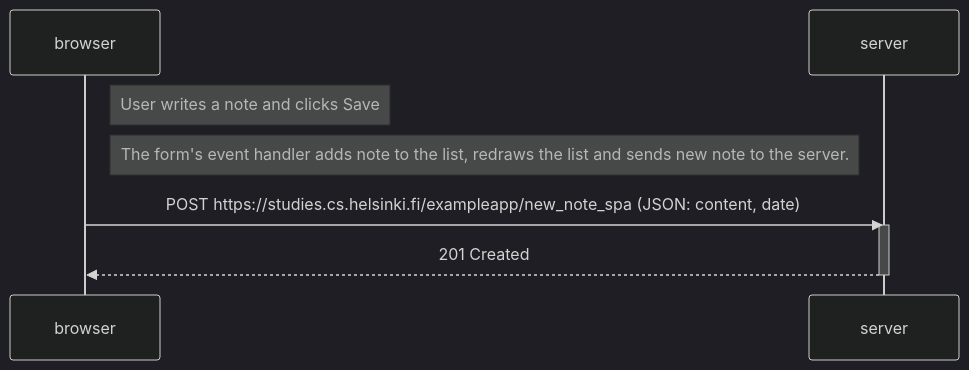
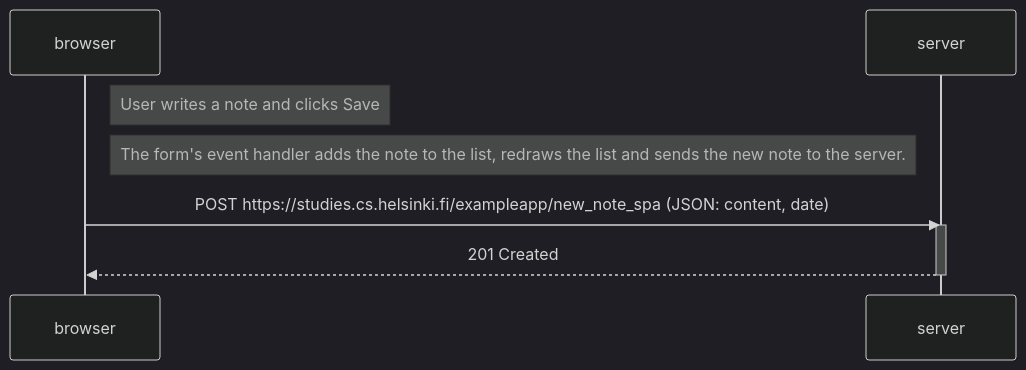
The diagram in part0/0.6-new-note-diagram-spa.md (yldrmahmet/full-stack-open), drawn with Mermaid (dark theme) before and after one commit.

Commit message:
fix grammar in the 0.6 diagram note

````diff
--- a/part0/0.6-new-note-diagram-spa.md
+++ b/part0/0.6-new-note-diagram-spa.md
@@ -3,16 +3,16 @@
 ```mermaid
 
 sequenceDiagram
     participant browser
     participant server
 
     Note right of browser: User writes a note and clicks Save
 
-    Note right of browser: The form's event handler adds note to the list, redraws the list and sends new note to the server.
+    Note right of browser: The form's event handler adds the note to the list, redraws the list and sends the new note to the server.
 
     browser->>server: POST https://studies.cs.helsinki.fi/exampleapp/new_note_spa (JSON: content, date)
     activate server
     server-->>browser: 201 Created
     deactivate server
 
 ```
````
